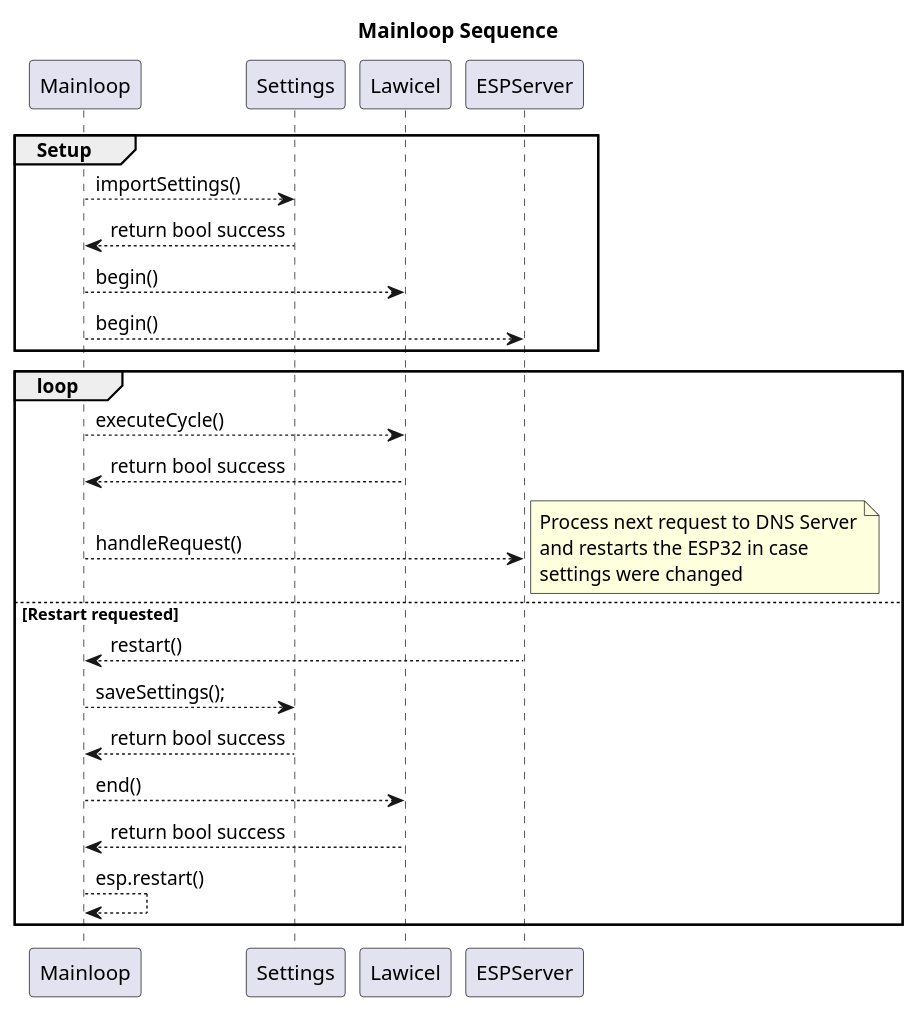
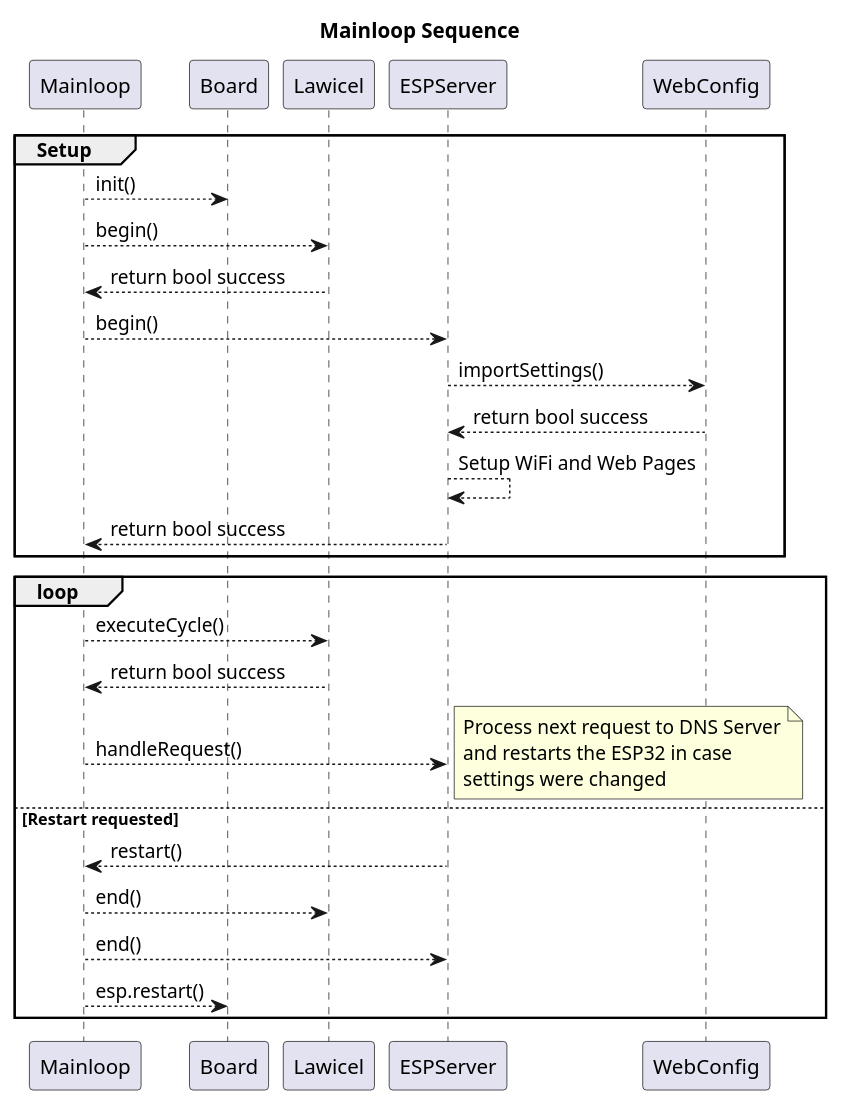
One commit to NewTec-GmbH/esp32-can-iot changed the diagram in Coding/fw/doc/design/Mainloop.plantuml. Above: the diagram before and after it, drawn with PlantUML. The commit also changed 2 other files, not shown here.

```diff
--- a/Coding/fw/doc/design/Mainloop.plantuml
+++ b/Coding/fw/doc/design/Mainloop.plantuml
@@ -1,31 +1,33 @@
 @startuml
 
 Title Mainloop Sequence
 
-group Setup
-    Mainloop --> Settings : importSettings()
-    Settings --> Mainloop : return bool success
+group Setup 
+    Mainloop --> Board : init()
     Mainloop --> Lawicel : begin()
+    Lawicel --> Mainloop : return bool success
     Mainloop --> ESPServer : begin()
+    ESPServer --> WebConfig : importSettings()
+    WebConfig --> ESPServer : return bool success
+    ESPServer --> ESPServer : Setup WiFi and Web Pages
+    ESPServer --> Mainloop : return bool success
 end
 
 group loop
     Mainloop --> Lawicel : executeCycle()
     Lawicel --> Mainloop : return bool success
     Mainloop --> ESPServer : handleRequest()
     note right
         Process next request to DNS Server
         and restarts the ESP32 in case
         settings were changed
     end note
 
     else Restart requested
     ESPServer --> Mainloop : restart()
-    Mainloop --> Settings : saveSettings();
-    Settings --> Mainloop : return bool success
     Mainloop --> Lawicel : end()
-    Lawicel --> Mainloop : return bool success
-    Mainloop --> Mainloop : esp.restart()
+    Mainloop --> ESPServer : end()
+    Mainloop --> Board : esp.restart()
 end
 
 @enduml
```
